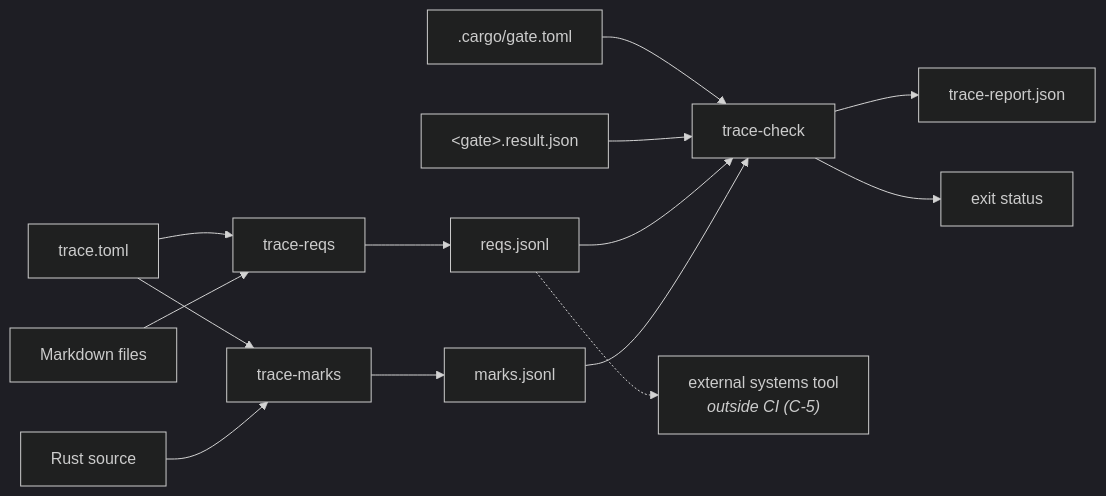
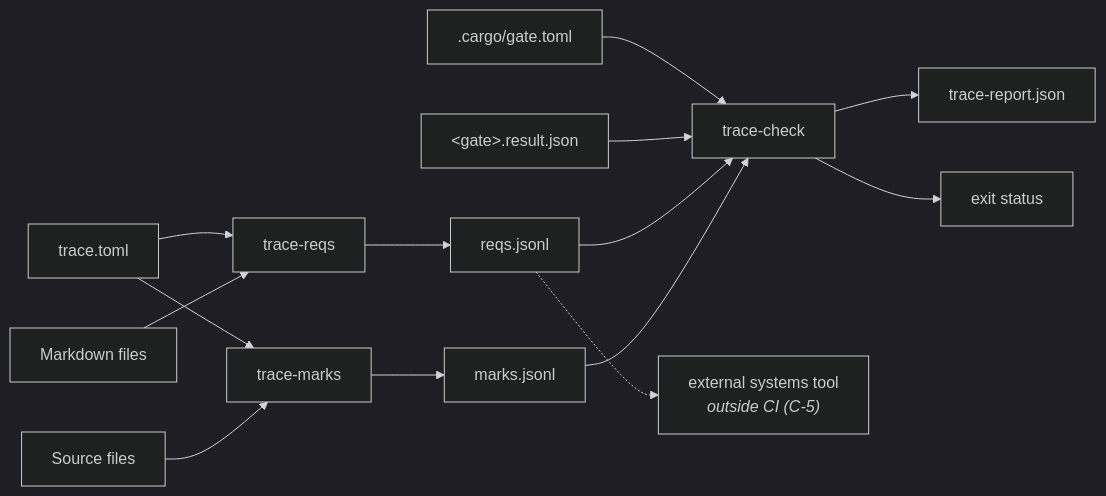
Before and after one commit to Dyse-Industries/control-rs: the diagram in documentation/vv/requirement-traceability-design.md, drawn with Mermaid (dark theme). The commit also changed other lines of this file and 26 other files, not shown here.

````diff
--- a/documentation/vv/requirement-traceability-design.md
+++ b/documentation/vv/requirement-traceability-design.md
@@ -225,16 +227,16 @@
 ```mermaid
 flowchart LR
     Cfg["trace.toml"] --> TR
     Docs["Markdown files"] --> TR["trace-reqs"]
     TR --> RJ["reqs.jsonl"]
     Cfg --> TM
-    Src["Rust source"] --> TM["trace-marks"]
+    Src["Source files"] --> TM["trace-marks"]
     TM --> MJ["marks.jsonl"]
     Gates[".cargo/gate.toml"] --> TC
     Res["&lt;gate&gt;.result.json"] --> TC["trace-check"]
     RJ --> TC
     MJ --> TC
     TC --> Rep["trace-report.json"]
     TC --> Exit["exit status"]
     RJ -.-> Ext["external systems tool<br/><i>outside CI (C-5)</i>"]
 ```
````
